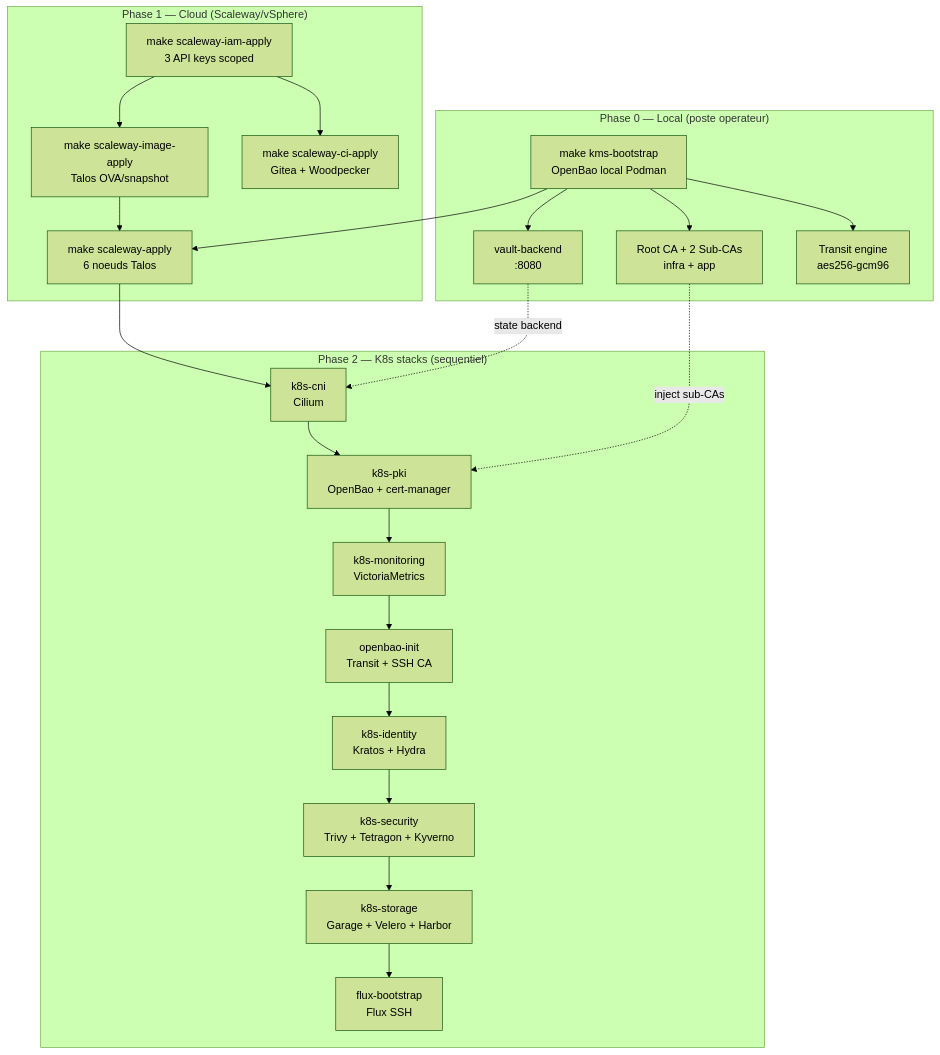
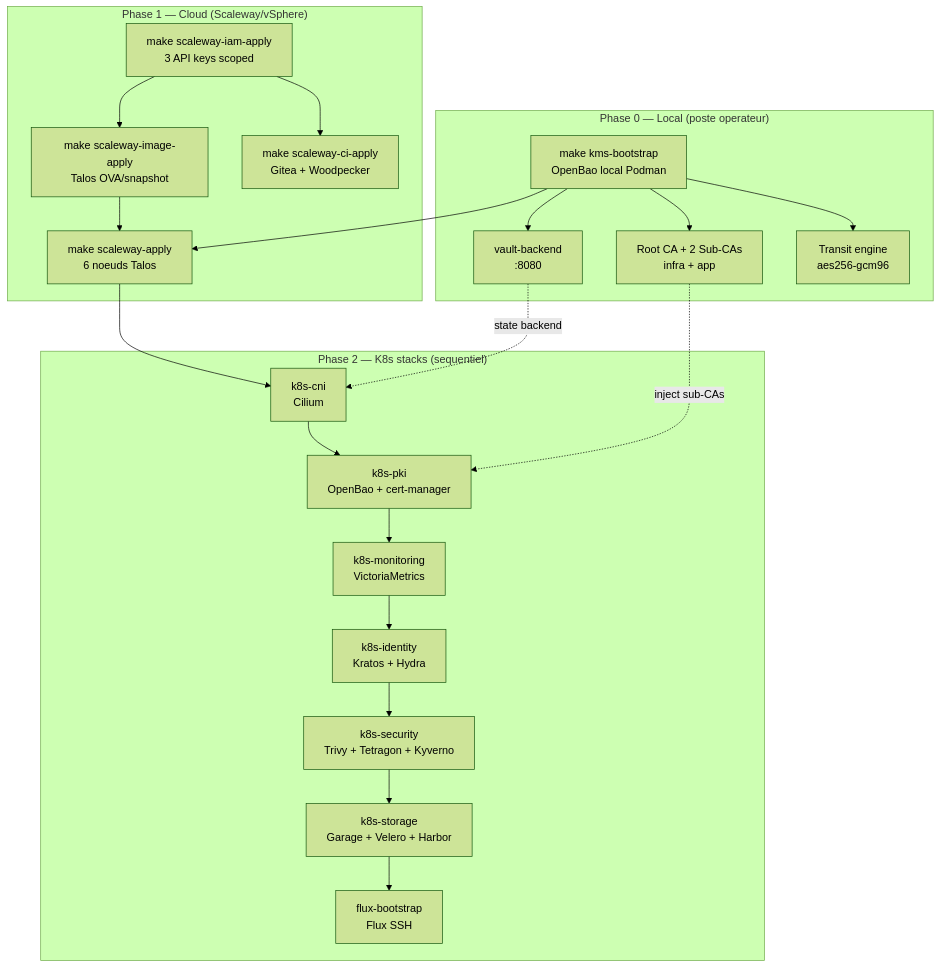
Before and after one commit to Destynova2/st4ck: the first of 12 diagrams in docs/explanation/bootstrap.md, drawn with Mermaid (forest theme). The commit also changed other lines of this file and 17 other files, not shown here.

````diff
--- a/docs/explanation/bootstrap.md
+++ b/docs/explanation/bootstrap.md
@@ -8,34 +8,33 @@
 ```mermaid
 graph TB
     subgraph "Phase 0 — Local (poste operateur)"
         KMS[make kms-bootstrap<br/>OpenBao local Podman]
         KMS --> CA[Root CA + 2 Sub-CAs<br/>infra + app]
         KMS --> VB[vault-backend<br/>:8080]
         KMS --> TRANSIT[Transit engine<br/>aes256-gcm96]
     end
 
     subgraph "Phase 1 — Cloud (Scaleway/vSphere)"
         IAM[make scaleway-iam-apply<br/>3 API keys scoped]
         IMG[make scaleway-image-apply<br/>Talos OVA/snapshot]
         CLUSTER[make scaleway-apply<br/>6 noeuds Talos]
         CI[make scaleway-ci-apply<br/>Gitea + Woodpecker]
     end
 
     subgraph "Phase 2 — K8s stacks (sequentiel)"
         CNI[k8s-cni<br/>Cilium]
         PKI[k8s-pki<br/>OpenBao + cert-manager]
         MON[k8s-monitoring<br/>VictoriaMetrics]
-        INIT[openbao-init<br/>Transit + SSH CA]
         IDN[k8s-identity<br/>Kratos + Hydra]
         SEC[k8s-security<br/>Trivy + Tetragon + Kyverno]
         STO[k8s-storage<br/>Garage + Velero + Harbor]
         FLUX[flux-bootstrap<br/>Flux SSH]
     end
 
     KMS --> CLUSTER
     IAM --> IMG --> CLUSTER
     IAM --> CI
-    CLUSTER --> CNI --> PKI --> MON --> INIT --> IDN --> SEC --> STO --> FLUX
+    CLUSTER --> CNI --> PKI --> MON --> IDN --> SEC --> STO --> FLUX
     CA -.->|inject sub-CAs| PKI
     VB -.->|state backend| CNI
 ```
````
